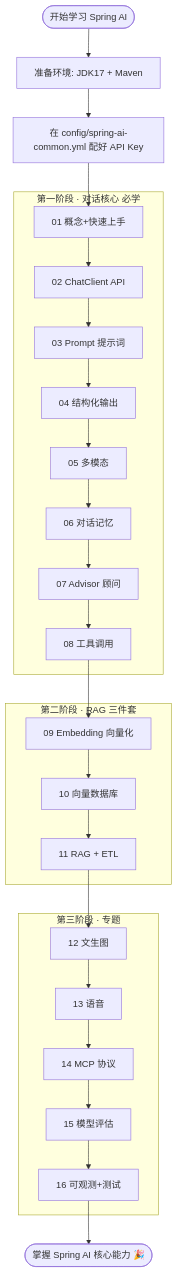
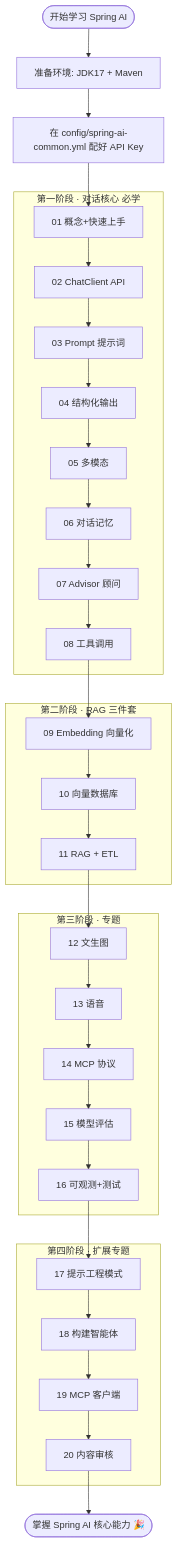
The first of 2 diagrams in README.md (boyley/spring-ai-learning), drawn with Mermaid before and after one commit. The commit also changed other lines of this file, not shown here.

First line of the commit message:
docs: 根 README 补充模块 17-20（提示工程/智能体/MCP客户端/内容审核）

````diff
--- a/README.md
+++ b/README.md
@@ -95,33 +99,41 @@
 ```mermaid
 flowchart TD
     Start([开始学习 Spring AI]) --> Env[准备环境: JDK17 + Maven]
     Env --> Key[在 config/spring-ai-common.yml 配好 API Key]
     Key --> M1
 
     subgraph 基础篇 [第一阶段 · 对话核心 必学]
         M1[01 概念+快速上手] --> M2[02 ChatClient API]
         M2 --> M3[03 Prompt 提示词]
         M3 --> M4[04 结构化输出]
         M4 --> M5[05 多模态]
         M5 --> M6[06 对话记忆]
         M6 --> M7[07 Advisor 顾问]
         M7 --> M8[08 工具调用]
     end
 
     subgraph 知识库篇 [第二阶段 · RAG 三件套]
         M9[09 Embedding 向量化] --> M10[10 向量数据库]
         M10 --> M11[11 RAG + ETL]
     end
 
     subgraph 进阶篇 [第三阶段 · 专题]
         M12[12 文生图]
         M13[13 语音]
         M14[14 MCP 协议]
         M15[15 模型评估]
         M16[16 可观测+测试]
     end
 
+    subgraph 扩展篇 [第四阶段 · 扩展专题]
+        M17[17 提示工程模式]
+        M18[18 构建智能体]
+        M19[19 MCP 客户端]
+        M20[20 内容审核]
+    end
+
     M8 --> M9
     M11 --> M12 --> M13 --> M14 --> M15 --> M16
-    M16 --> Done([掌握 Spring AI 核心能力 🎉])
+    M16 --> M17 --> M18 --> M19 --> M20
+    M20 --> Done([掌握 Spring AI 核心能力 🎉])
 ```
````
